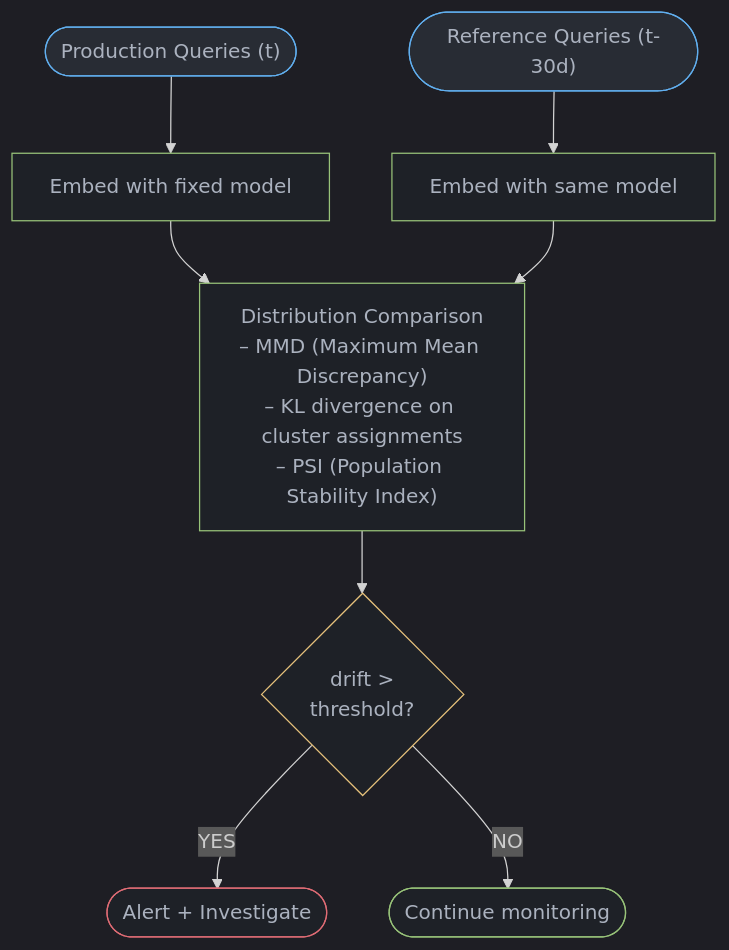
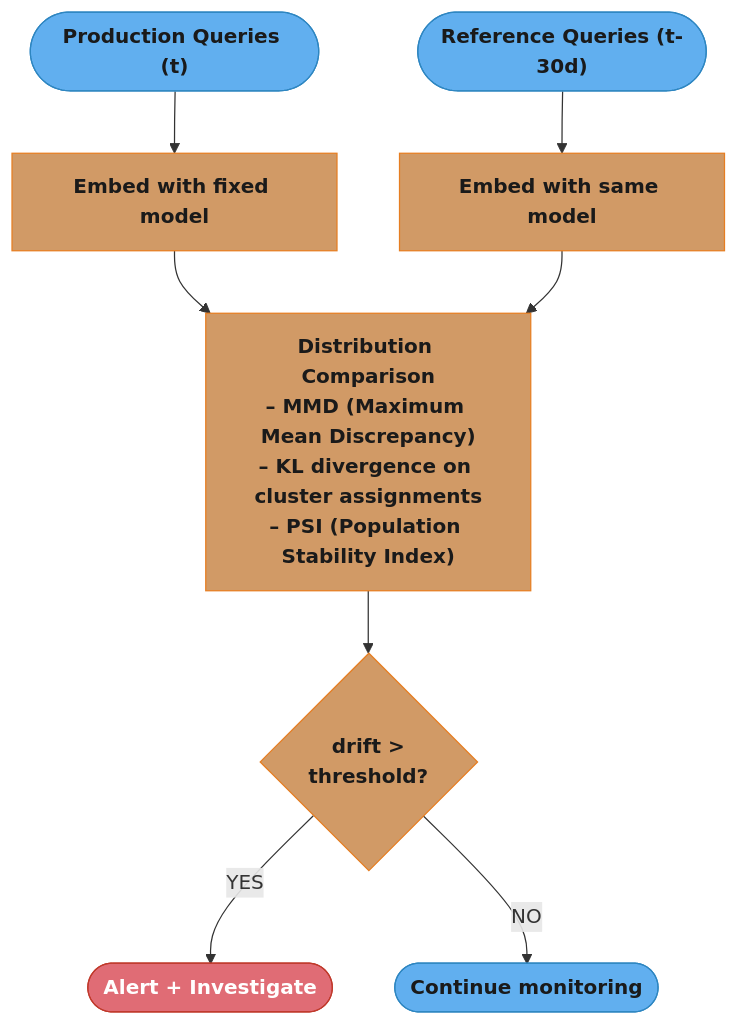
The fourth of 4 diagrams in src/main/java/com/rutik/systemdesign/llm/data_flywheels_and_continuous_learning/README.md (rppol/system-design), drawn with Mermaid before and after one commit. The commit also changed other lines of this file and 88 other files, not shown here.

````diff
--- a/src/main/java/com/rutik/systemdesign/llm/data_flywheels_and_continuous_learning/README.md
+++ b/src/main/java/com/rutik/systemdesign/llm/data_flywheels_and_continuous_learning/README.md
@@ -196,21 +202,21 @@
 ```mermaid
-%%{init: {'flowchart': {'curve': 'basis'}, 'theme': 'dark'}}%%
 flowchart TD
+    classDef io      fill:#61afef,stroke:#2e86c1,color:#1a1a1a,font-weight:bold
+    classDef frozen  fill:#c678dd,stroke:#9b59b6,color:#fff
+    classDef train   fill:#98c379,stroke:#27ae60,color:#1a1a1a
+    classDef mathOp  fill:#d19a66,stroke:#e67e22,color:#1a1a1a,font-weight:bold
+    classDef lossN   fill:#e06c75,stroke:#c0392b,color:#fff,font-weight:bold
+    classDef req     fill:#56b6c2,stroke:#0097a7,color:#1a1a1a
+    classDef base    fill:#e5c07b,stroke:#f39c12,color:#1a1a1a
+
     Prod(["Production Queries (t)"]) --> EmbedProd["Embed with fixed model"]
     Ref(["Reference Queries (t-30d)"]) --> EmbedRef["Embed with same model"]
     EmbedProd & EmbedRef --> Compare["Distribution Comparison\n– MMD (Maximum Mean Discrepancy)\n– KL divergence on cluster assignments\n– PSI (Population Stability Index)"]
     Compare --> Threshold{"drift >\nthreshold?"}
     Threshold -- YES --> Alert(["Alert + Investigate"])
     Threshold -- NO --> Monitor(["Continue monitoring"])
 
-    classDef io     fill:#282c34,stroke:#61afef,color:#abb2bf
-    classDef proc   fill:#1e2127,stroke:#98c379,color:#abb2bf
-    classDef decide fill:#1e2127,stroke:#e5c07b,color:#abb2bf
-    classDef warn   fill:#1e2127,stroke:#e06c75,color:#abb2bf
-
-    class Prod,Ref io
-    class EmbedProd,EmbedRef,Compare proc
-    class Threshold decide
-    class Alert warn
-    class Monitor proc
+    class Prod,Ref,Monitor io
+    class EmbedProd,EmbedRef,Compare,Threshold mathOp
+    class Alert lossN
 ```
````
